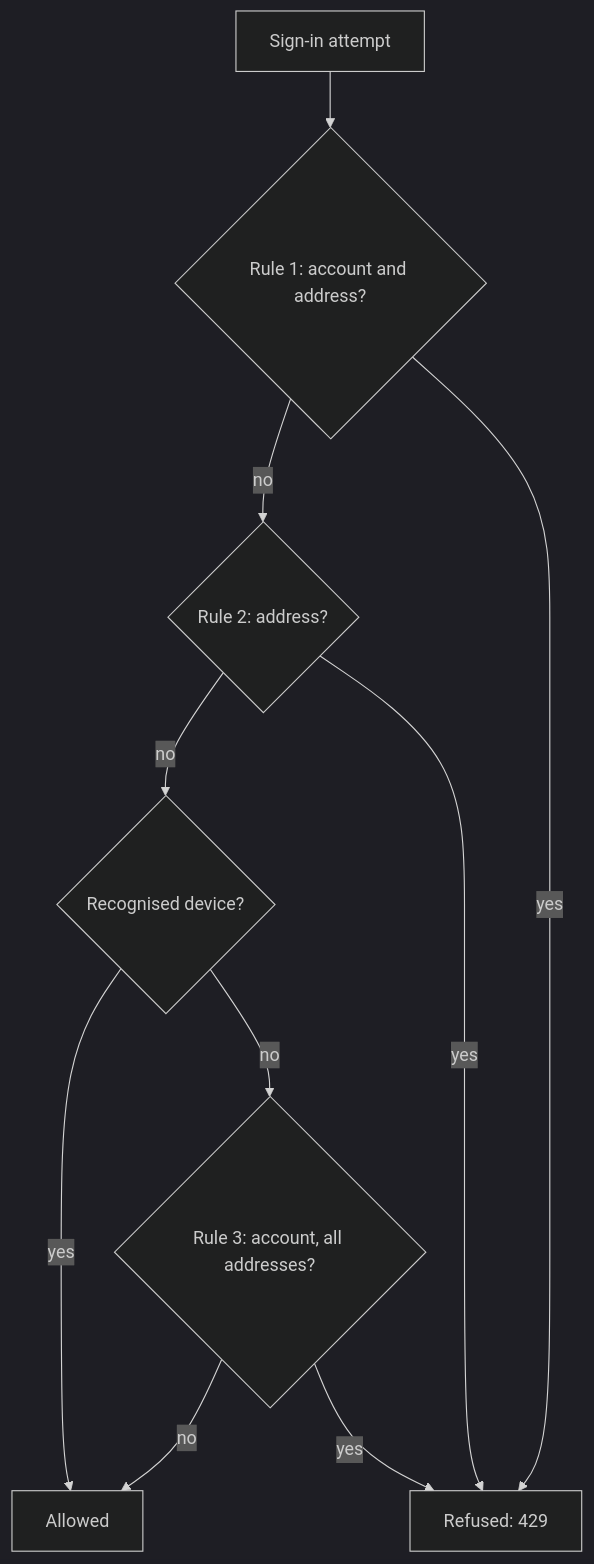
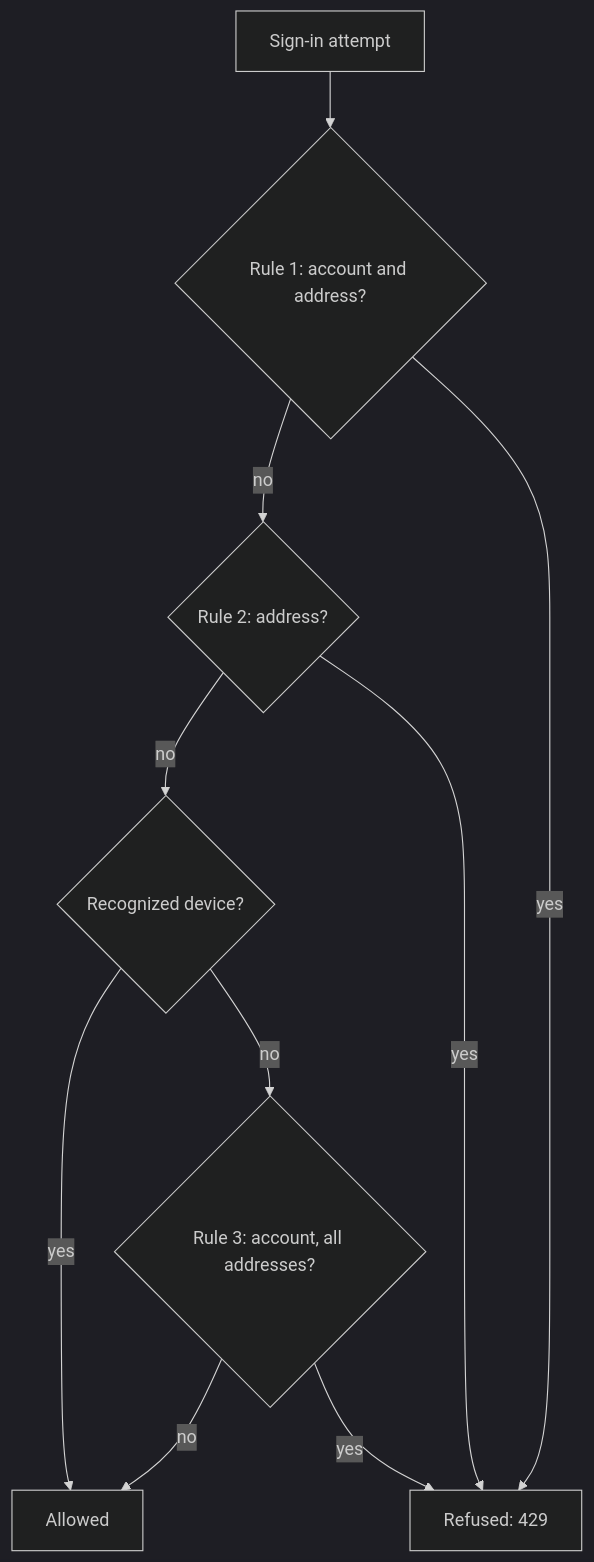
The first of 2 diagrams in book/part-2-backend/16-spring-security-defenses.md (Sriram-Codes-SW/secure-doc-viewer), drawn with Mermaid (dark theme) before and after one commit. The commit also changed other lines of this file and 101 other files, not shown here.

Commit message:
Book: proofreading pass (about 500 edits), author decisions applied, sweeps, regenerated glossary/index/appendices, batched per-diagram render cache

````diff
--- a/book/part-2-backend/16-spring-security-defenses.md
+++ b/book/part-2-backend/16-spring-security-defenses.md
@@ -227,12 +227,12 @@
 ```mermaid
 flowchart TB
     A["Sign-in attempt"] --> B{"Rule 1: account and address?"}
     B -- "no" --> C{"Rule 2: address?"}
-    C -- "no" --> D{"Recognised device?"}
+    C -- "no" --> D{"Recognized device?"}
     D -- "no" --> E{"Rule 3: account, all addresses?"}
     E -- "no" --> OK["Allowed"]
     D -- "yes" --> OK
     B -- "yes" --> R["Refused: 429"]
     C -- "yes" --> R
     E -- "yes" --> R
 ```
````
